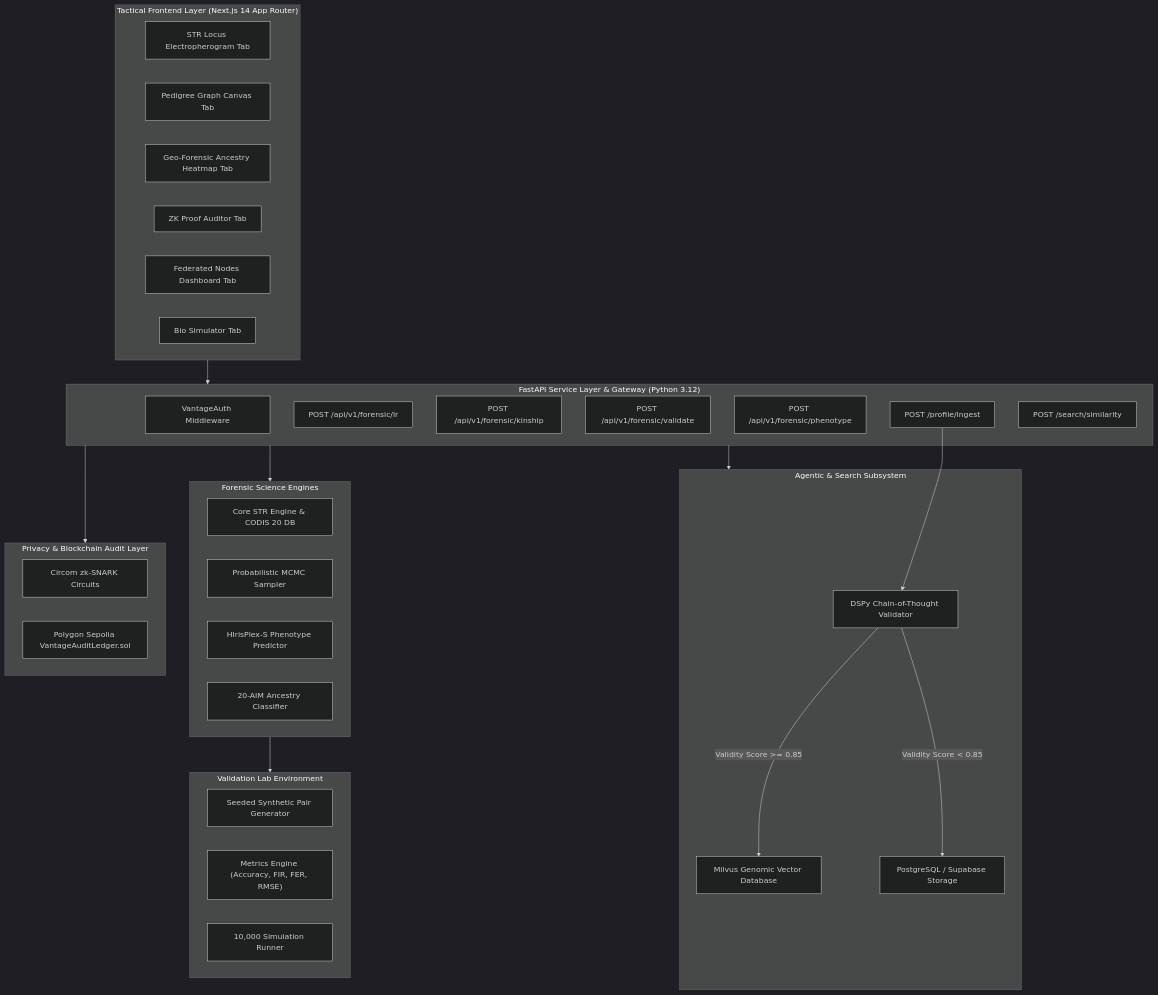
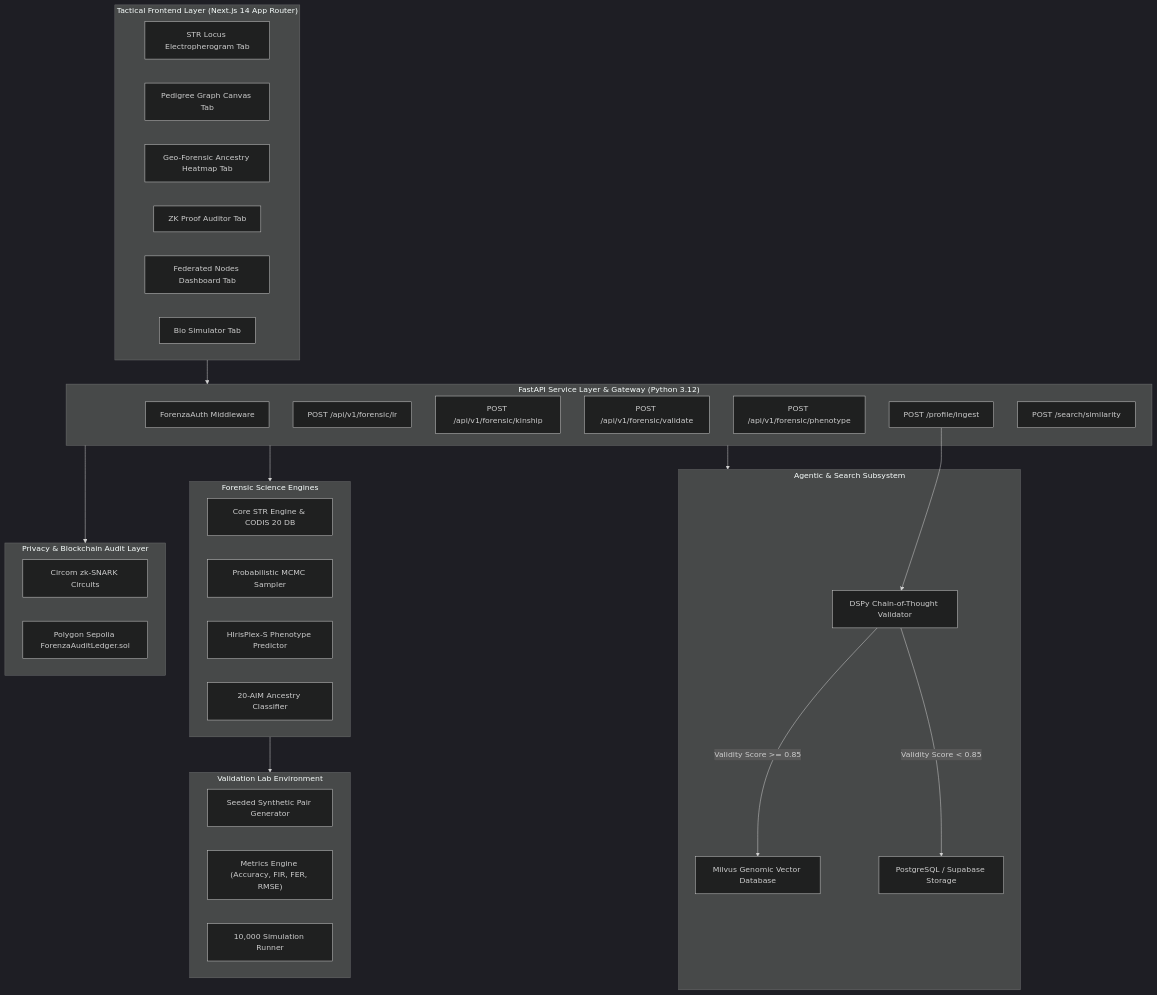
Before and after one commit to yusufcalisir/FORENZA: the diagram in README.md, drawn with Mermaid (dark theme). The commit also changed other lines of this file and 1 other file, not shown here.

Commit message:
refactor(rebrand): update remaining legacy Vantage references to FORENZA across main entry point and README

````diff
--- a/README.md
+++ b/README.md
@@ -42,55 +42,55 @@
 ```mermaid
 flowchart TD
     subgraph ClientLayer ["Tactical Frontend Layer (Next.js 14 App Router)"]
         UI_STR["STR Locus Electropherogram Tab"]
         UI_PED["Pedigree Graph Canvas Tab"]
         UI_GEO["Geo-Forensic Ancestry Heatmap Tab"]
         UI_ZKP["ZK Proof Auditor Tab"]
         UI_NOD["Federated Nodes Dashboard Tab"]
         UI_SIM["Bio Simulator Tab"]
     end
 
     subgraph APILayer ["FastAPI Service Layer & Gateway (Python 3.12)"]
-        GW_AUTH["VantageAuth Middleware"]
+        GW_AUTH["ForenzaAuth Middleware"]
         GW_LR["POST /api/v1/forensic/lr"]
         GW_KIN["POST /api/v1/forensic/kinship"]
         GW_VAL["POST /api/v1/forensic/validate"]
         GW_PHE["POST /api/v1/forensic/phenotype"]
         GW_ING["POST /profile/ingest"]
         GW_SRC["POST /search/similarity"]
     end
 
     subgraph AgenticVector ["Agentic & Search Subsystem"]
         DSPY["DSPy Chain-of-Thought Validator"]
         MILVUS["Milvus Genomic Vector Database"]
         PG["PostgreSQL / Supabase Storage"]
     end
 
     subgraph CoreScientific ["Forensic Science Engines"]
         ENG_STR["Core STR Engine & CODIS 20 DB"]
         ENG_PROB["Probabilistic MCMC Sampler"]
         ENG_PHENO["HIrisPlex-S Phenotype Predictor"]
         ENG_BGA["20-AIM Ancestry Classifier"]
     end
 
     subgraph ValidationSuite ["Validation Lab Environment"]
         VAL_GEN["Seeded Synthetic Pair Generator"]
         VAL_MET["Metrics Engine (Accuracy, FIR, FER, RMSE)"]
         VAL_RUN["10,000 Simulation Runner"]
     end
 
     subgraph CryptographicLayer ["Privacy & Blockchain Audit Layer"]
         ZKP_CIRCOM["Circom zk-SNARK Circuits"]
-        SMART_CONTRACT["Polygon Sepolia VantageAuditLedger.sol"]
+        SMART_CONTRACT["Polygon Sepolia ForenzaAuditLedger.sol"]
     end
 
     ClientLayer --> APILayer
     APILayer --> AgenticVector
     APILayer --> CoreScientific
     CoreScientific --> ValidationSuite
     APILayer --> CryptographicLayer
 
     GW_ING --> DSPY
     DSPY -->|Validity Score >= 0.85| MILVUS
     DSPY -->|Validity Score < 0.85| PG
 ```
````
